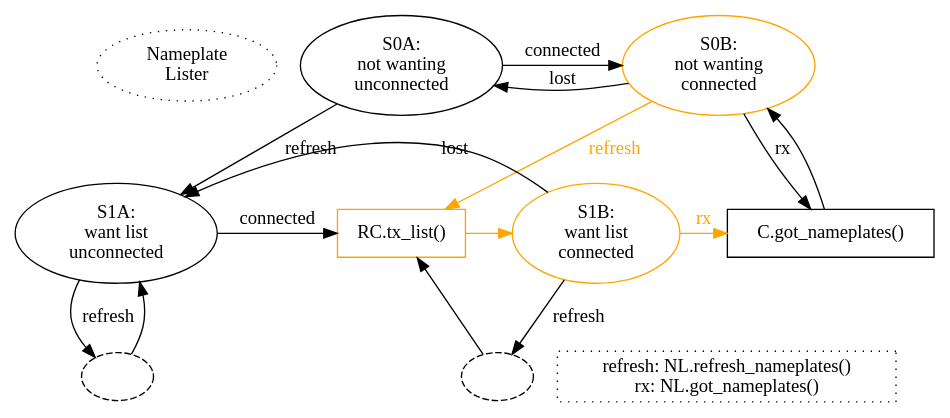
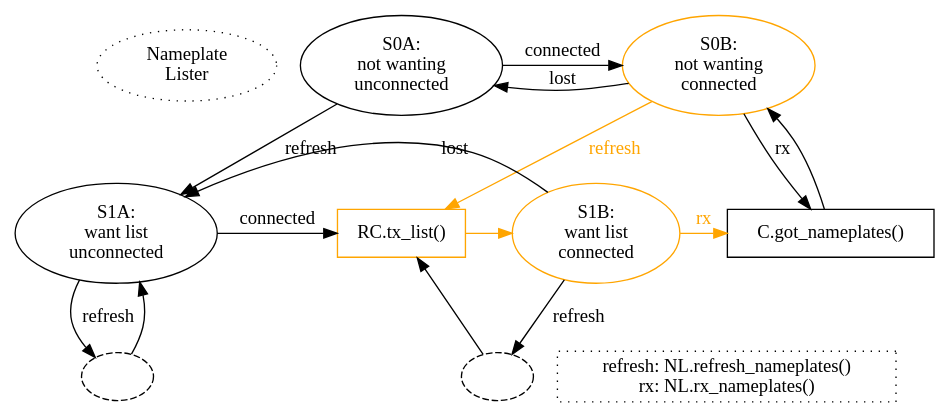
The diagram in docs/nameplates.dot (magic-wormhole/magic-wormhole), drawn with Graphviz before and after one commit. The commit also changed 13 other files, not shown here.

```diff
--- a/docs/nameplates.dot
+++ b/docs/nameplates.dot
@@ -1,42 +1,42 @@
 digraph {
         {rank=same; title S0A S0B}
         title [label="Nameplate\nLister" style="dotted"]
 
         S0A [label="S0A:\nnot wanting\nunconnected"]
         S0B [label="S0B:\nnot wanting\nconnected" color="orange"]
 
         S0A -> S0B [label="connected"]
         S0B -> S0A [label="lost"]
 
         S0A -> S1A [label="refresh"]
         S0B -> P_tx [label="refresh" color="orange" fontcolor="orange"]
 
         S0A -> P_tx [style="invis"]
 
         {rank=same; S1A P_tx S1B P_notify}
 
         S1A [label="S1A:\nwant list\nunconnected"]
         S1B [label="S1B:\nwant list\nconnected" color="orange"]
 
         S1A -> P_tx [label="connected"]
         P_tx [shape="box" label="RC.tx_list()" color="orange"]
         P_tx -> S1B [color="orange"]
         S1B -> S1A [label="lost"]
 
         S1A -> foo [label="refresh"]
         foo [label="" style="dashed"]
         foo -> S1A
 
         S1B -> foo2 [label="refresh"]
         foo2 [label="" style="dashed"]
         foo2 -> P_tx
 
         S0B -> P_notify [label="rx"]
         S1B -> P_notify [label="rx" color="orange" fontcolor="orange"]
         P_notify [shape="box" label="C.got_nameplates()"]
         P_notify -> S0B
 
         {rank=same; foo foo2 legend}
         legend [shape="box" style="dotted"
-                label="refresh: NL.refresh_nameplates()\nrx: NL.got_nameplates()"]
+                label="refresh: NL.refresh_nameplates()\nrx: NL.rx_nameplates()"]
 }
```
